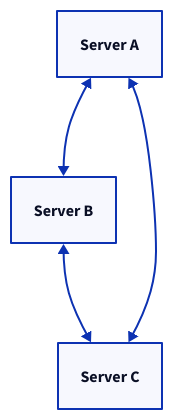
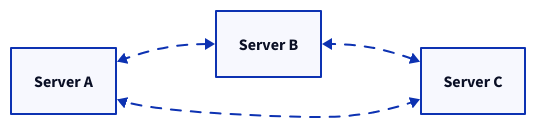
One commit to link1905/system-design-101 changed the fifth of 10 diagrams in content/docs/data-persistence/distributed-database/peer-to-peer-architecture/_index.md. Above: the diagram before and after it, drawn with D2. The commit also changed other lines of this file and 40 other files, not shown here.

````diff
--- a/content/docs/data-persistence/distributed-database/peer-to-peer-architecture/_index.md
+++ b/content/docs/data-persistence/distributed-database/peer-to-peer-architecture/_index.md
@@ -373,12 +395,21 @@
 ```d2
+direction: right
 sa: Server A {
   class: server
 }
 sb: Server B {
   class: server
 }
 sc: Server C {
   class: server
 }
-sa <-> sb <-> sc <-> sa
+sa <-> sb {
+  style.animated: true
+}
+sb <-> sc {
+  style.animated: true
+}
+sc <-> sa {
+  style.animated: true
+}
 ```
````
